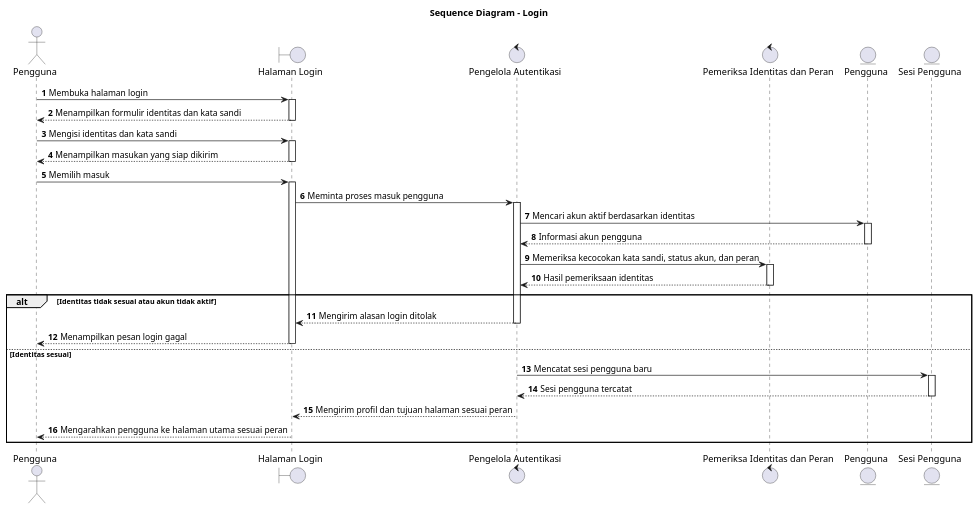
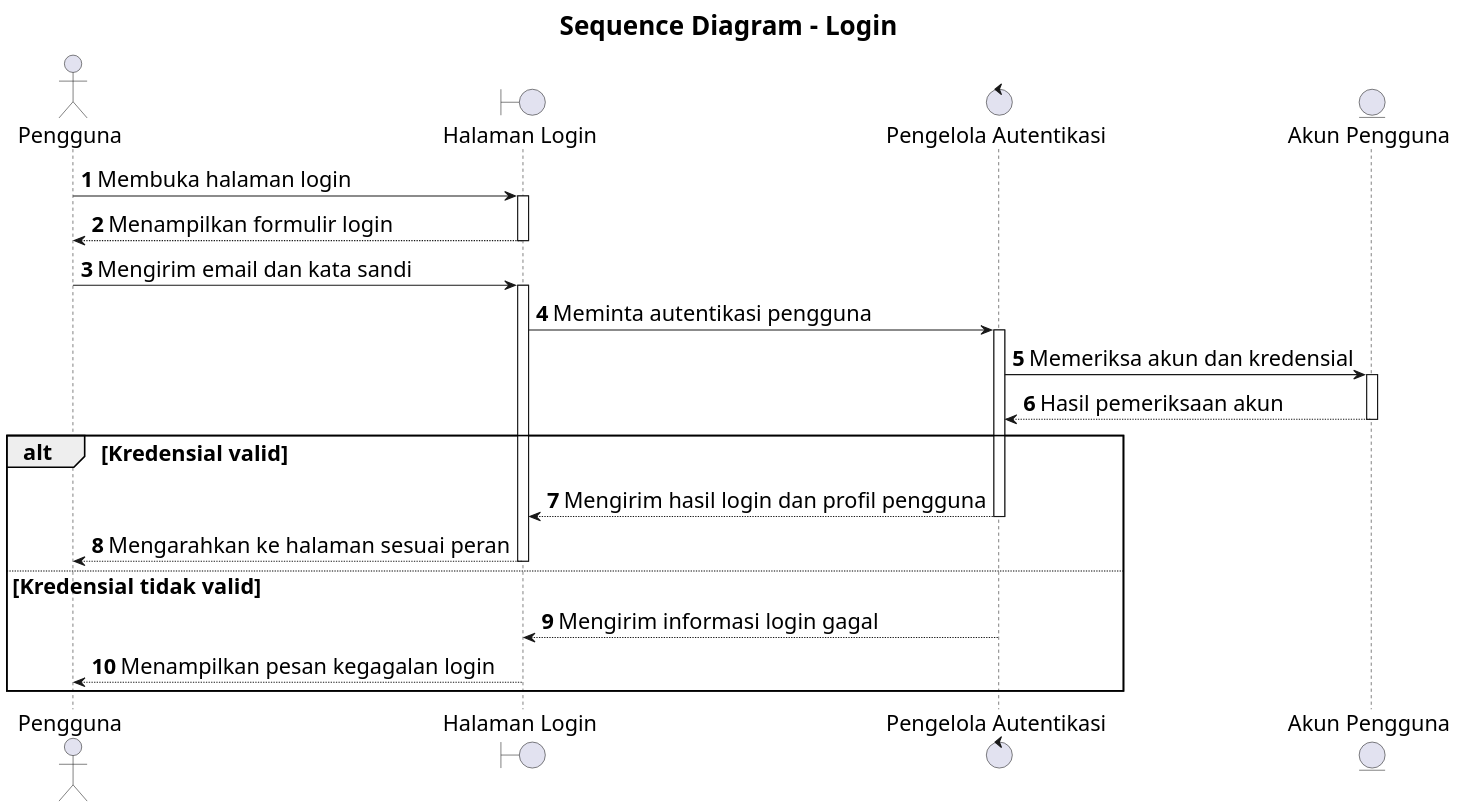
Before and after one commit to howlil/sop-generate-app: the diagram in docs/sequence/lampiran/seluruh-pengguna-login.md, drawn with PlantUML. The commit also changed other lines of this file and 20 other files, not shown here.

Commit message:
docs(sequence): align all sequence diagrams with use cases

````diff
--- a/docs/sequence/lampiran/seluruh-pengguna-login.md
+++ b/docs/sequence/lampiran/seluruh-pengguna-login.md
@@ -16,35 +16,32 @@
 ```plantuml
 @startuml
+skinparam defaultFontSize 20
+skinparam titleFontSize 24
+skinparam dpi 160
+
 title Sequence Diagram - Login
 autonumber
 autoactivate on
 
 actor "Pengguna" as A
 boundary "Halaman Login" as B
 control "Pengelola Autentikasi" as C
-control "Pemeriksa Identitas dan Peran" as D
-entity "Pengguna" as Pengguna
-entity "Sesi Pengguna" as Sesi
+entity "Akun Pengguna" as D
 
 A -> B : Membuka halaman login
-B --> A : Menampilkan formulir identitas dan kata sandi
-A -> B : Mengisi identitas dan kata sandi
-B --> A : Menampilkan masukan yang siap dikirim
-A -> B : Memilih masuk
-B -> C : Meminta proses masuk pengguna
-C -> Pengguna : Mencari akun aktif berdasarkan identitas
-Pengguna --> C : Informasi akun pengguna
-C -> D : Memeriksa kecocokan kata sandi, status akun, dan peran
-D --> C : Hasil pemeriksaan identitas
-alt Identitas tidak sesuai atau akun tidak aktif
-  C --> B : Mengirim alasan login ditolak
-  B --> A : Menampilkan pesan login gagal
-else Identitas sesuai
-  C -> Sesi : Mencatat sesi pengguna baru
-  Sesi --> C : Sesi pengguna tercatat
-  C --> B : Mengirim profil dan tujuan halaman sesuai peran
-  B --> A : Mengarahkan pengguna ke halaman utama sesuai peran
+B --> A : Menampilkan formulir login
+A -> B : Mengirim email dan kata sandi
+B -> C : Meminta autentikasi pengguna
+C -> D : Memeriksa akun dan kredensial
+D --> C : Hasil pemeriksaan akun
+
+alt Kredensial valid
+  C --> B : Mengirim hasil login dan profil pengguna
+  B --> A : Mengarahkan ke halaman sesuai peran
+else Kredensial tidak valid
+  C --> B : Mengirim informasi login gagal
+  B --> A : Menampilkan pesan kegagalan login
 end
 
 @enduml
 ```
````
